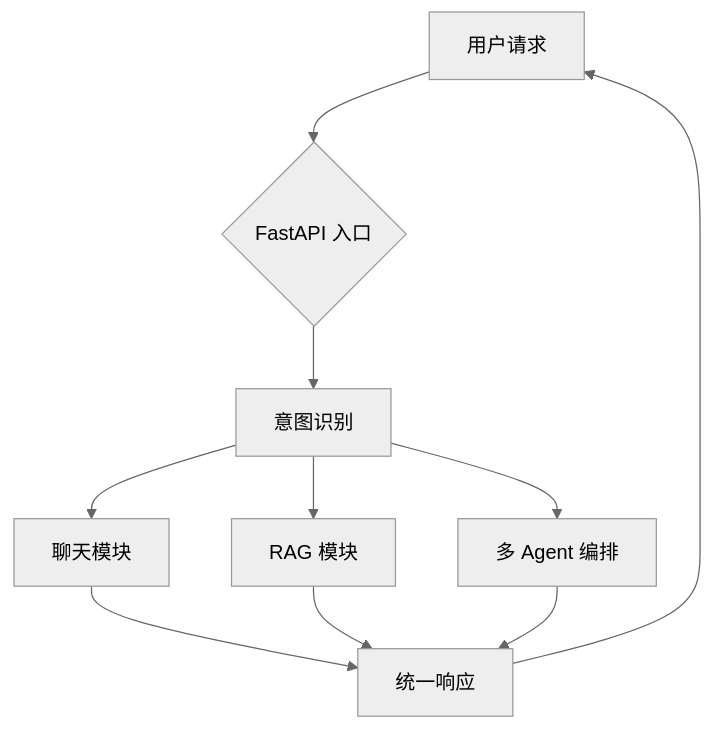
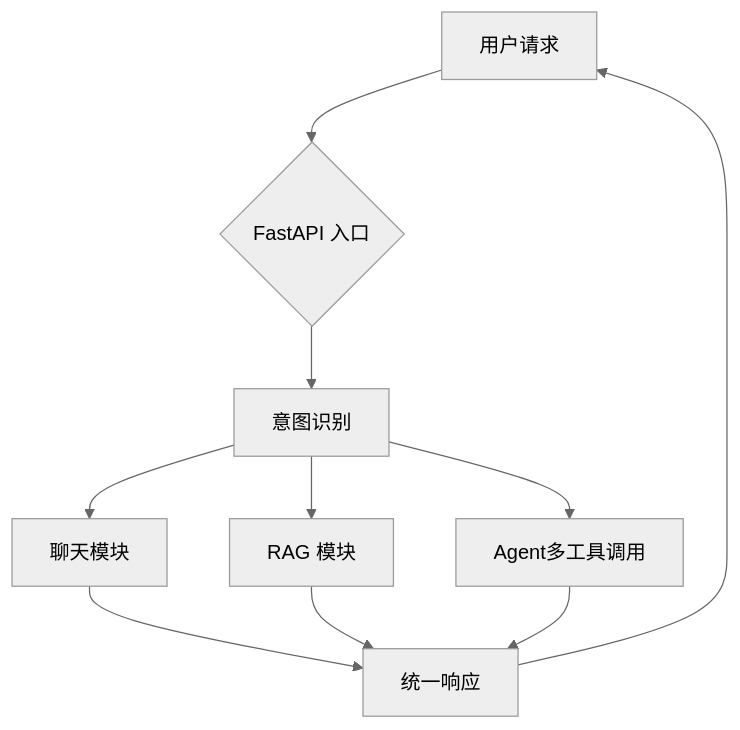
Before and after one commit to 2442511245/Fast-API-IT-Assistant: the first of 2 diagrams in README.md, drawn with Mermaid (neutral theme). The commit also changed other lines of this file, not shown here.

````diff
--- a/README.md
+++ b/README.md
@@ -7,12 +7,12 @@
 ```mermaid
 graph TD
     A[用户请求] --> B{FastAPI 入口}
     B --> C[意图识别]
     C --> D[聊天模块]
     C --> E[RAG 模块]
-    C --> F[多 Agent 编排]
+    C --> F[Agent多工具调用]
     D --> G[统一响应]
     E --> G
     F --> G
     G --> A
  ```
````
